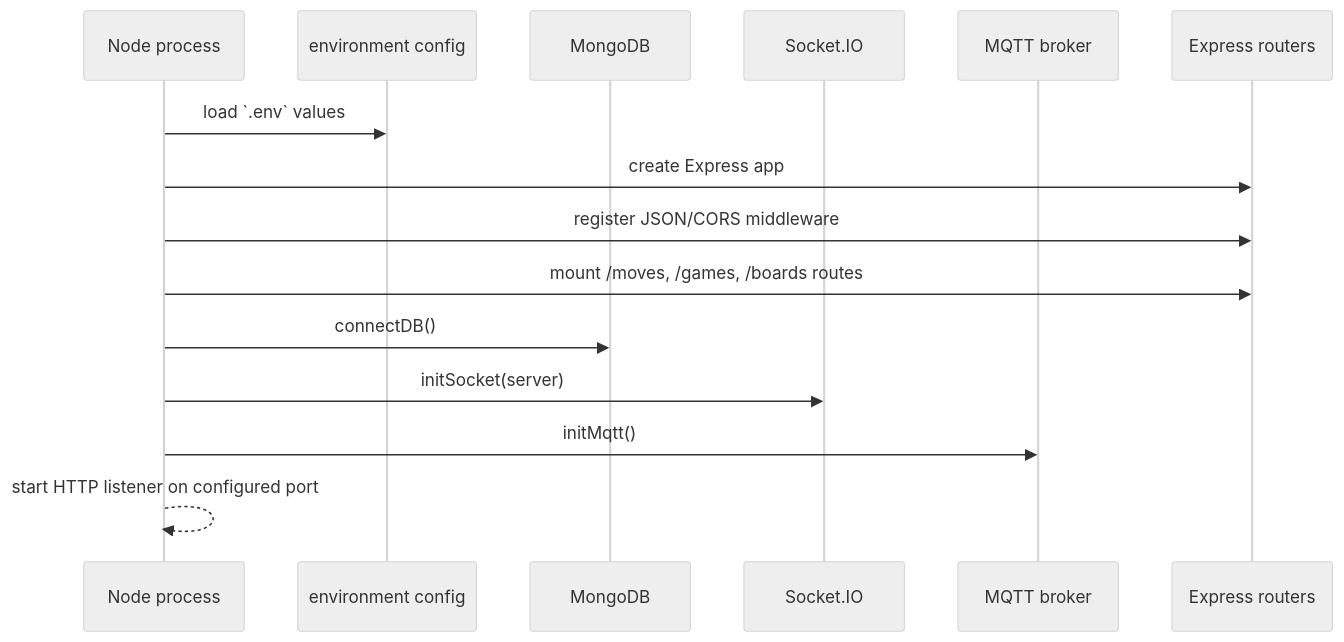
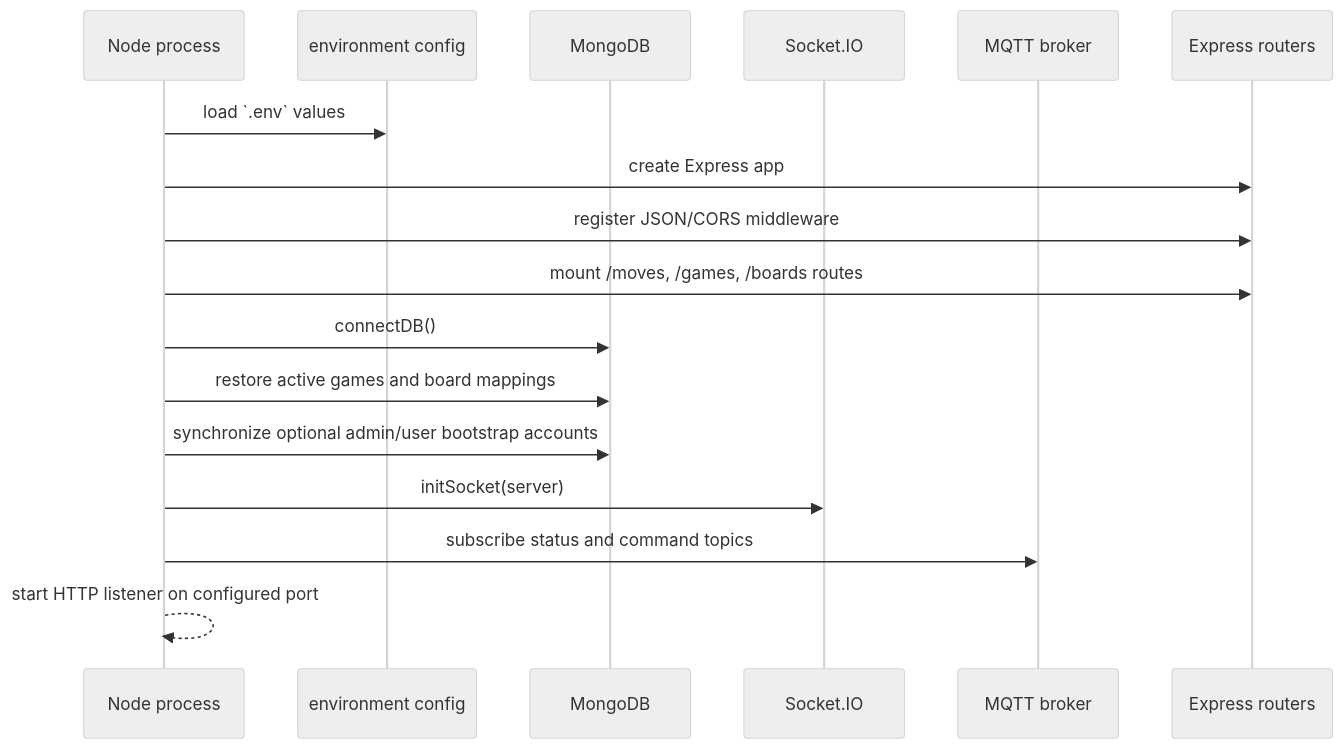
Before and after one commit to phong571737/BEChessWeb: the diagram in docs/03-boot-sequence.md, drawn with Mermaid (neutral theme). The commit also changed other lines of this file and 34 other files, not shown here.

````diff
--- a/docs/03-boot-sequence.md
+++ b/docs/03-boot-sequence.md
@@ -9,18 +9,20 @@
 ```mermaid
 sequenceDiagram
   participant Process as Node process
   participant Env as environment config
   participant DB as MongoDB
   participant Socket as Socket.IO
   participant MQTT as MQTT broker
   participant Router as Express routers
 
   Process->>Env: load `.env` values
   Process->>Router: create Express app
   Process->>Router: register JSON/CORS middleware
   Process->>Router: mount /moves, /games, /boards routes
   Process->>DB: connectDB()
+  Process->>DB: restore active games and board mappings
+  Process->>DB: synchronize optional admin/user bootstrap accounts
   Process->>Socket: initSocket(server)
-  Process->>MQTT: initMqtt()
+  Process->>MQTT: subscribe status and command topics
   Process-->>Process: start HTTP listener on configured port
 ```
````
